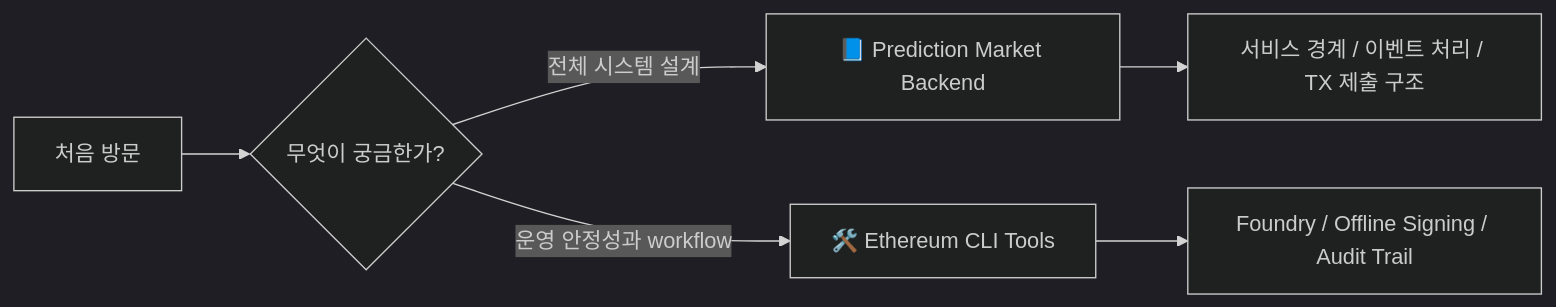
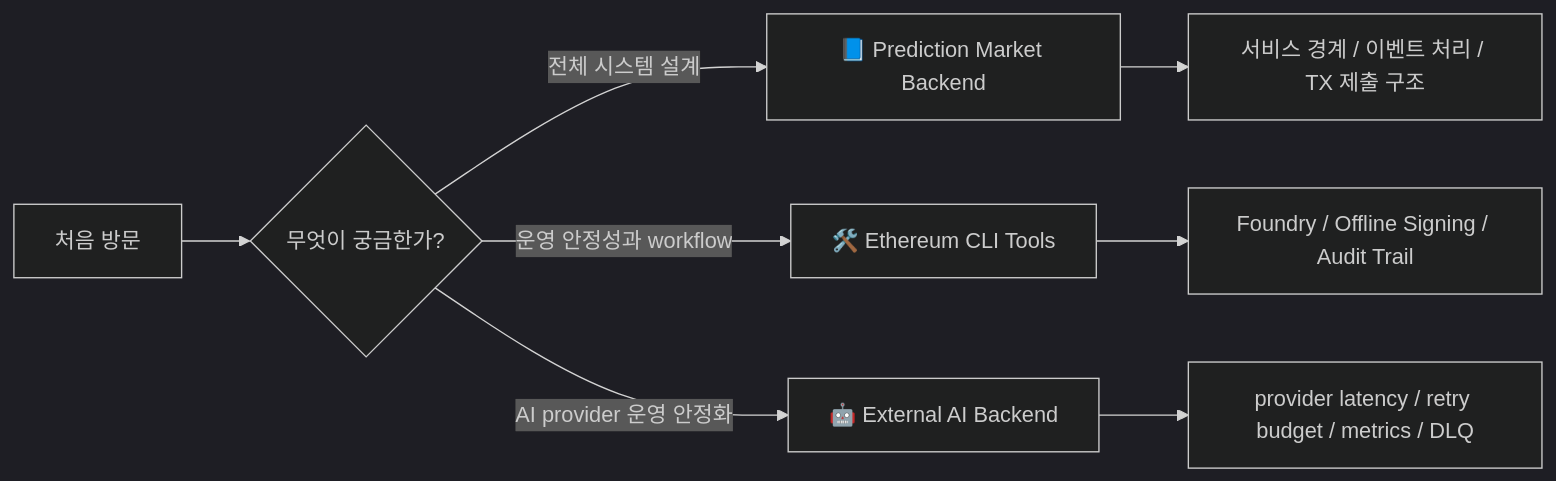
The sixth of 6 diagrams in README.md (bang9ming9/bang9ming9), drawn with Mermaid (dark theme) before and after one commit. The commit also changed other lines of this file and 1 other file, not shown here.

First line of the commit message:
[codex] 외부 AI 모델 호출 백엔드 운영 안정화 (#2)

````diff
--- a/README.md
+++ b/README.md
@@ -188,8 +245,10 @@
 ```mermaid
 flowchart LR
     A[처음 방문] --> B{무엇이 궁금한가?}
     B -->|전체 시스템 설계| C[📘 Prediction Market Backend]
     B -->|운영 안정성과 workflow| D[🛠️ Ethereum CLI Tools]
+    B -->|AI provider 운영 안정화| G[🤖 External AI Backend]
     C --> E[서비스 경계 / 이벤트 처리 / TX 제출 구조]
     D --> F[Foundry / Offline Signing / Audit Trail]
+    G --> H[provider latency / retry budget / metrics / DLQ]
 ```
````
